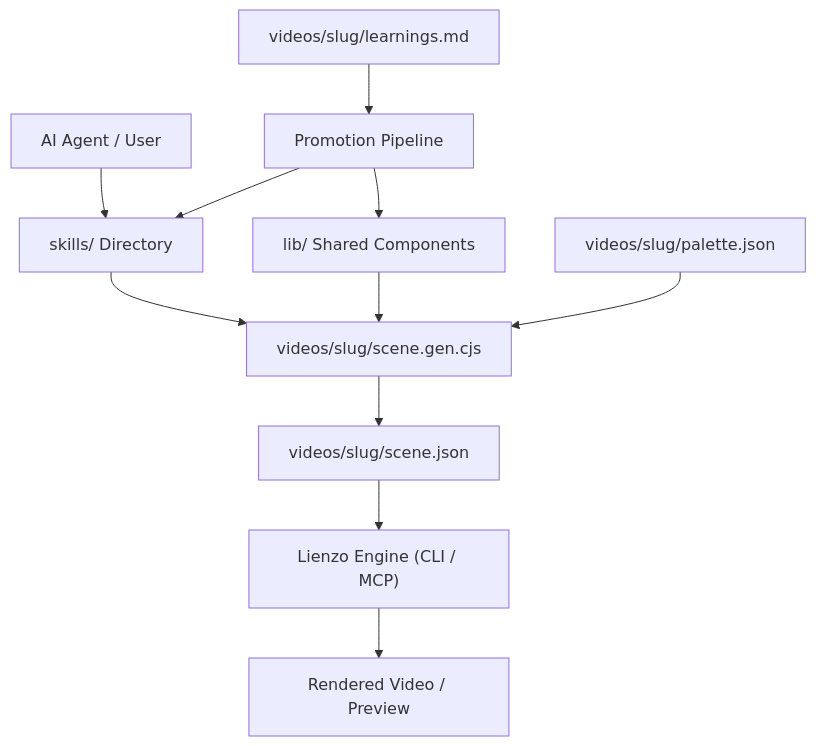
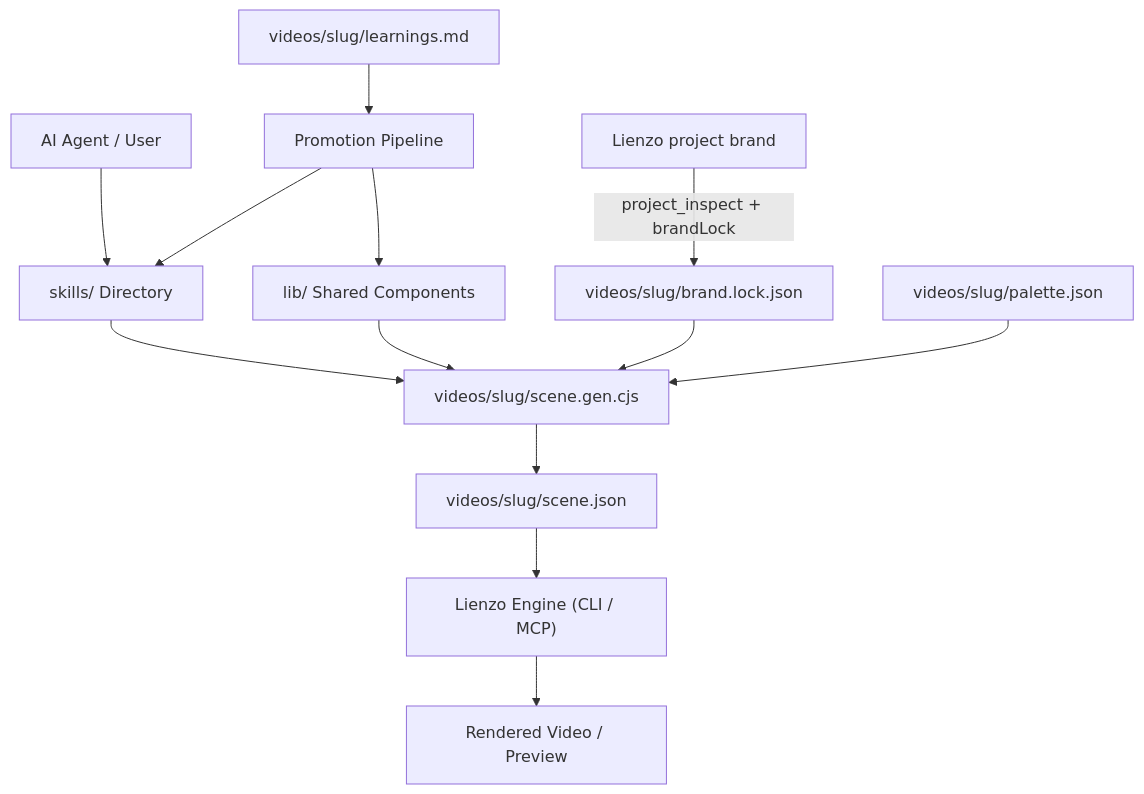
One commit to SebassContreras/animator changed the diagram in ARCHITECTURE.md. Above: the diagram before and after it, drawn with Mermaid. The commit also changed other lines of this file and 2 other files, not shown here.

Commit message:
docs: Lienzo owns the brand; brand parameterization and inheritance (011/T020)

````diff
--- a/ARCHITECTURE.md
+++ b/ARCHITECTURE.md
@@ -54,13 +56,15 @@
 ```mermaid
 flowchart TD
     Agent[AI Agent / User] --> Skills[skills/ Directory]
     Skills --> VideoGen["videos/slug/scene.gen.cjs"]
     Lib["lib/ Shared Components"] --> VideoGen
+    Brand["Lienzo project brand"] -->|project_inspect + brandLock| Lock["videos/slug/brand.lock.json"]
+    Lock --> VideoGen
     Palette["videos/slug/palette.json"] --> VideoGen
     VideoGen --> SceneJSON["videos/slug/scene.json"]
     SceneJSON --> Lienzo["Lienzo Engine (CLI / MCP)"]
     Lienzo --> VideoExport[Rendered Video / Preview]
     VideoLearnings["videos/slug/learnings.md"] --> Promotion[Promotion Pipeline]
     Promotion --> Lib
     Promotion --> Skills
 ```
````
